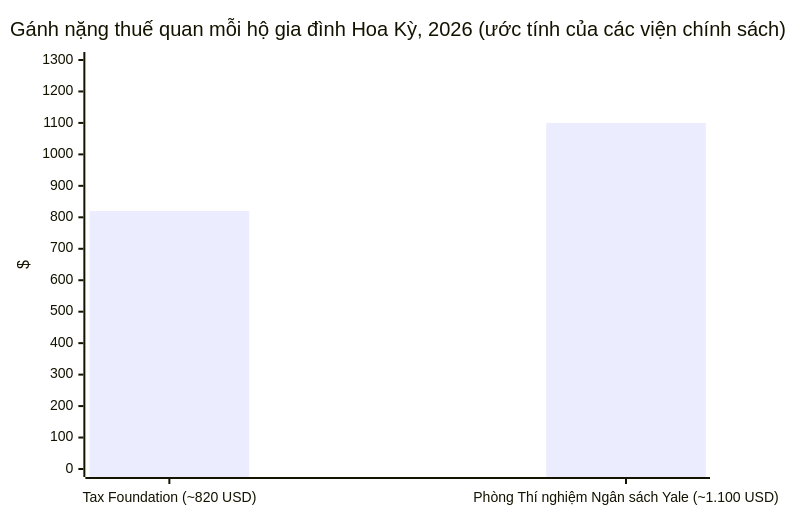
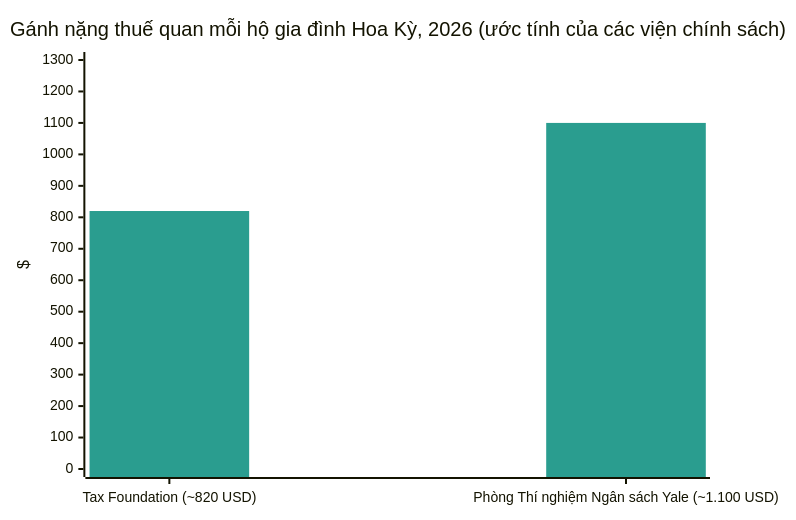
The third of 8 diagrams in Global-Trade-Intelligence-weekly-2026-10-12/index.vi.md (dureach/research), drawn with Mermaid before and after one commit. The commit also changed other lines of this file and 13 other files, not shown here.

First line of the commit message:
Colorful mermaid charts: brand-color bars via init directive (all 7 langs, both editions)

````diff
--- a/Global-Trade-Intelligence-weekly-2026-10-12/index.vi.md
+++ b/Global-Trade-Intelligence-weekly-2026-10-12/index.vi.md
@@ -336,7 +338,8 @@
 ```mermaid
+%%{init: {'theme': 'base', 'themeVariables': {'xyChart': {'plotColorPalette': '#2a9d8f'}}}}%%
 xychart-beta
     title "Gánh nặng thuế quan mỗi hộ gia đình Hoa Kỳ, 2026 (ước tính của các viện chính sách)"
     x-axis ["Tax Foundation (~820 USD)", "Phòng Thí nghiệm Ngân sách Yale (~1.100 USD)"]
     y-axis "$" 0 --> 1300
     bar [820, 1100]
 ```
````
